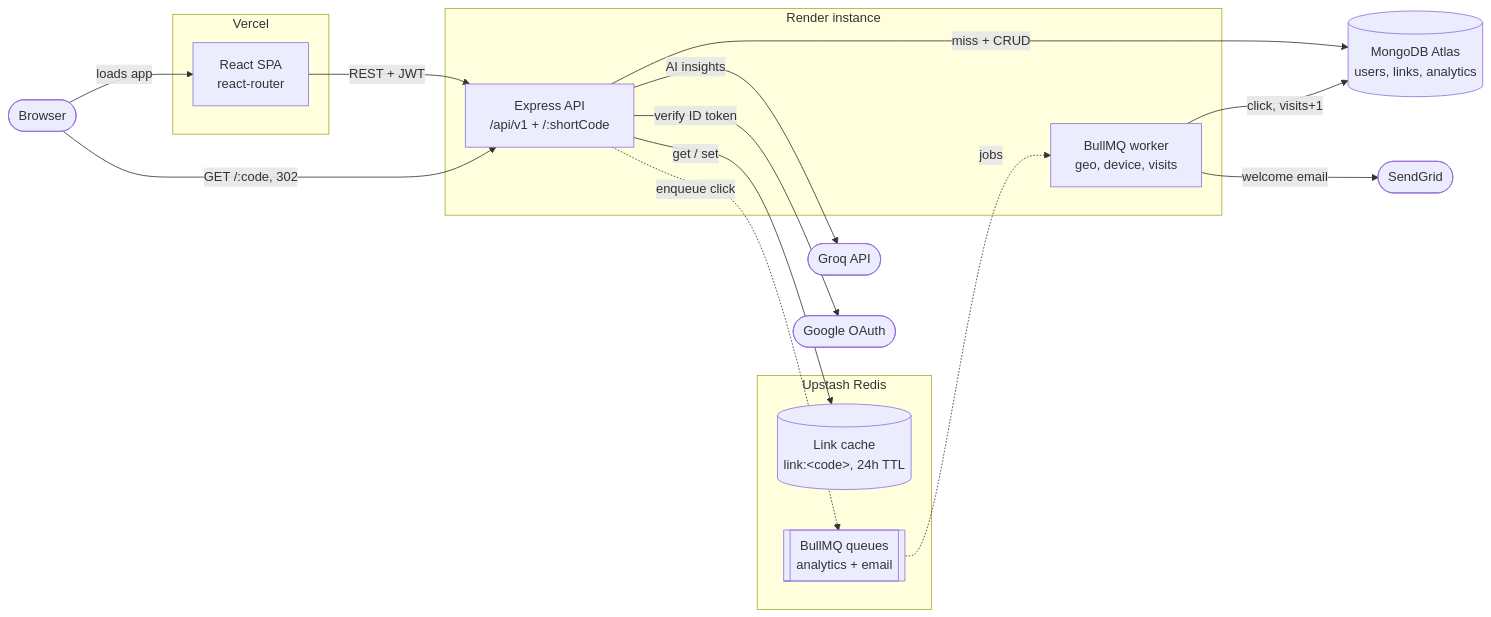
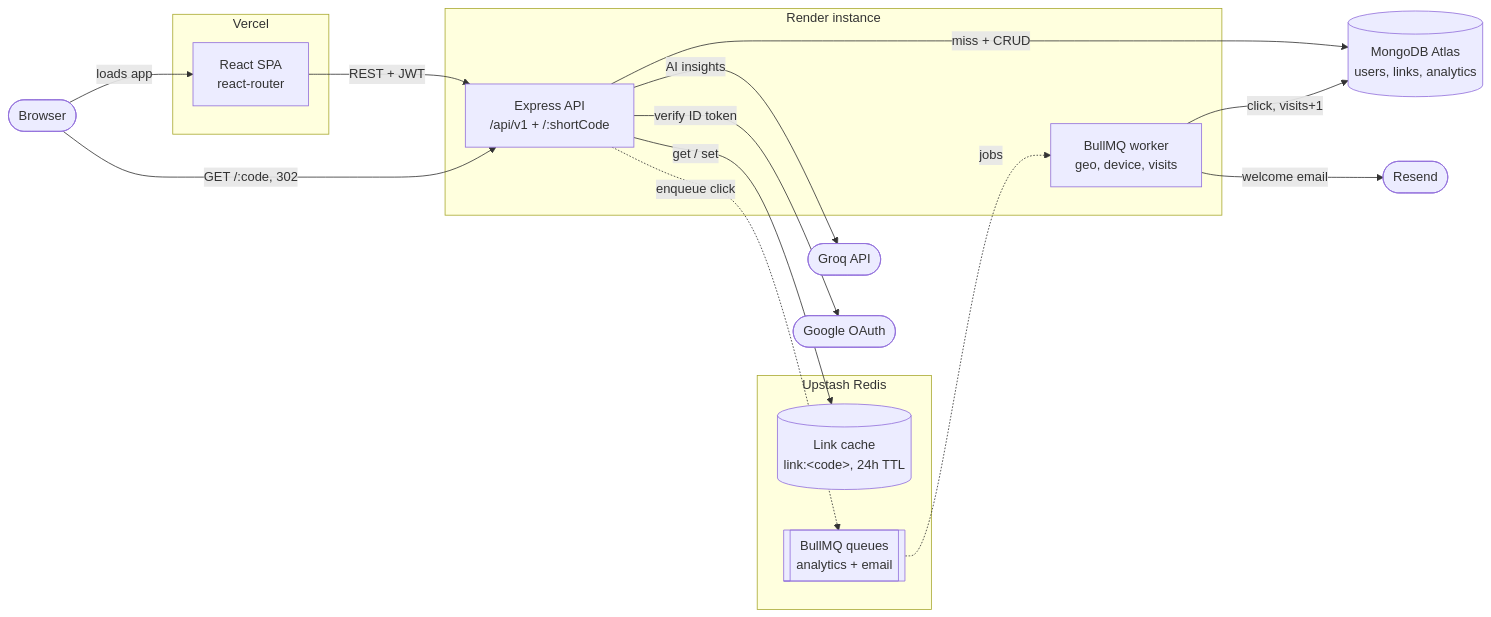
One commit to pratik9892/short_url changed the diagram in docs/architecture.md. Above: the diagram before and after it, drawn with Mermaid. The commit also changed other lines of this file and 7 other files, not shown here.

First line of the commit message:
feat(email): send welcome emails through Resend instead of SendGrid

````diff
--- a/docs/architecture.md
+++ b/docs/architecture.md
@@ -5,35 +5,35 @@
 ```mermaid
 flowchart LR
   browser([Browser])
 
   subgraph vercel[Vercel]
     spa[React SPA<br/>react-router]
   end
 
   subgraph render[Render instance]
     api[Express API<br/>/api/v1 + /:shortCode]
     worker[BullMQ worker<br/>geo, device, visits]
   end
 
   subgraph upstash[Upstash Redis]
     cache[(Link cache<br/>link:&lt;code&gt;, 24h TTL)]
     queues[[BullMQ queues<br/>analytics + email]]
   end
 
   mongo[(MongoDB Atlas<br/>users, links, analytics)]
   groq([Groq API])
   google([Google OAuth])
-  sendgrid([SendGrid])
+  resend([Resend])
 
   browser -->|loads app| spa
   spa -->|REST + JWT| api
   browser -->|GET /:code, 302| api
   api -->|get / set| cache
   api -->|miss + CRUD| mongo
   api -.->|enqueue click| queues
   queues -.->|jobs| worker
   worker -->|click, visits+1| mongo
-  worker -->|welcome email| sendgrid
+  worker -->|welcome email| resend
   api -->|AI insights| groq
   api -->|verify ID token| google
 ```
````
